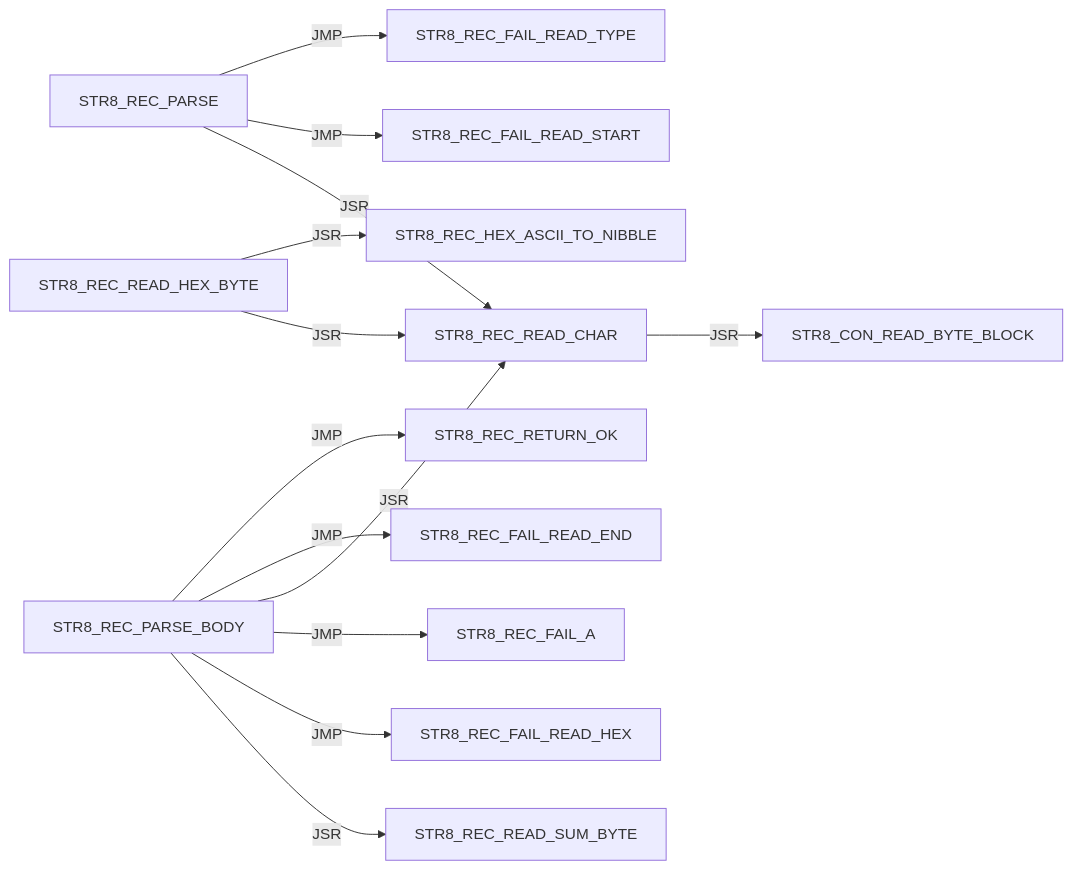
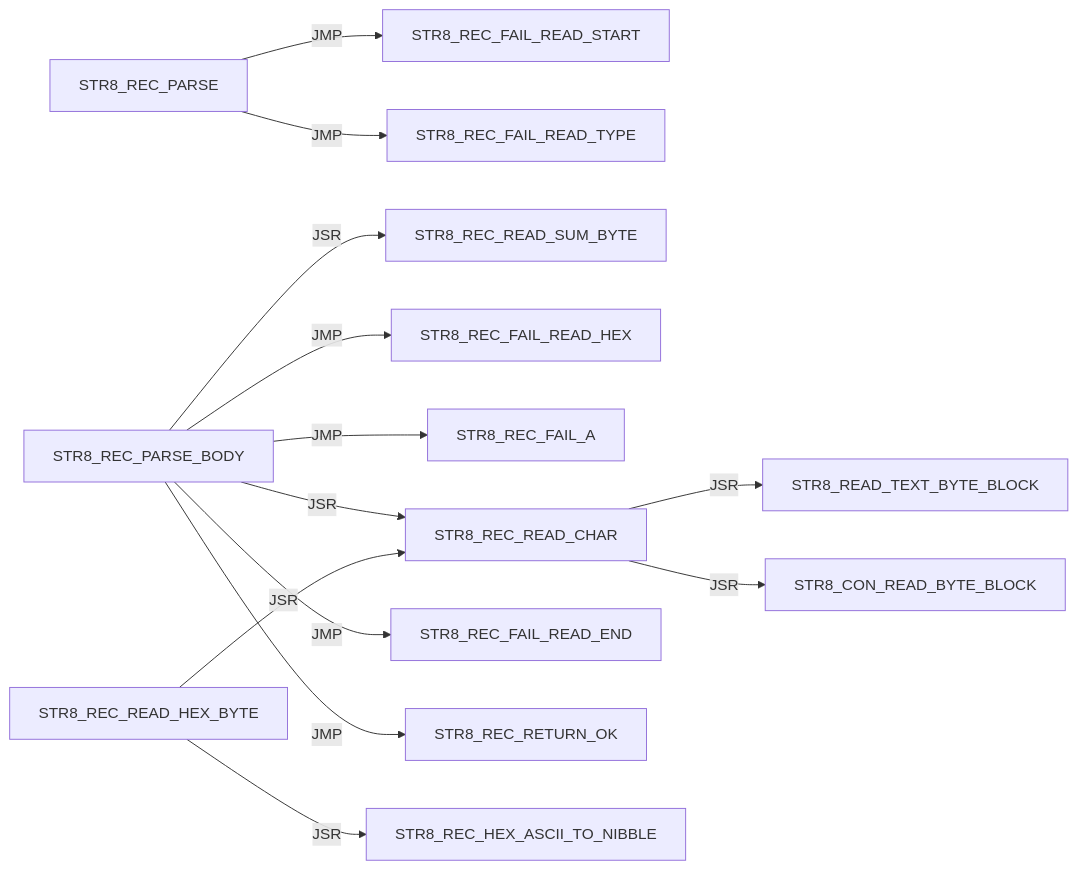
Diagram 25 of 41 in DOC/GUIDES/STR8/STR8_EDGE_DUMP.md (95westus/R-YORS), drawn with Mermaid before and after one commit. The commit also changed other lines of this file and 40 other files, not shown here.

````diff
--- a/DOC/GUIDES/STR8/STR8_EDGE_DUMP.md
+++ b/DOC/GUIDES/STR8/STR8_EDGE_DUMP.md
@@ -282,15 +337,15 @@
 ```mermaid
 flowchart LR
-    N0["STR8_REC_PARSE"] -->|JSR| N1["STR8_REC_READ_CHAR"]
-    N0["STR8_REC_PARSE"] -->|JMP| N2["STR8_REC_FAIL_READ_START"]
-    N0["STR8_REC_PARSE"] -->|JMP| N3["STR8_REC_FAIL_READ_TYPE"]
-    N4["STR8_REC_PARSE_BODY"] -->|JSR| N5["STR8_REC_READ_SUM_BYTE"]
-    N4["STR8_REC_PARSE_BODY"] -->|JMP| N6["STR8_REC_FAIL_READ_HEX"]
-    N4["STR8_REC_PARSE_BODY"] -->|JMP| N7["STR8_REC_FAIL_A"]
-    N4["STR8_REC_PARSE_BODY"] -->|JSR| N1["STR8_REC_READ_CHAR"]
-    N4["STR8_REC_PARSE_BODY"] -->|JMP| N8["STR8_REC_FAIL_READ_END"]
-    N4["STR8_REC_PARSE_BODY"] -->|JMP| N9["STR8_REC_RETURN_OK"]
-    N1["STR8_REC_READ_CHAR"] -->|JSR| N10["STR8_CON_READ_BYTE_BLOCK"]
-    N11["STR8_REC_READ_HEX_BYTE"] -->|JSR| N1["STR8_REC_READ_CHAR"]
-    N11["STR8_REC_READ_HEX_BYTE"] -->|JSR| N12["STR8_REC_HEX_ASCII_TO_NIBBLE"]
+    N0["STR8_REC_PARSE"] -->|JMP| N1["STR8_REC_FAIL_READ_START"]
+    N0["STR8_REC_PARSE"] -->|JMP| N2["STR8_REC_FAIL_READ_TYPE"]
+    N3["STR8_REC_PARSE_BODY"] -->|JSR| N4["STR8_REC_READ_SUM_BYTE"]
+    N3["STR8_REC_PARSE_BODY"] -->|JMP| N5["STR8_REC_FAIL_READ_HEX"]
+    N3["STR8_REC_PARSE_BODY"] -->|JMP| N6["STR8_REC_FAIL_A"]
+    N3["STR8_REC_PARSE_BODY"] -->|JSR| N7["STR8_REC_READ_CHAR"]
+    N3["STR8_REC_PARSE_BODY"] -->|JMP| N8["STR8_REC_FAIL_READ_END"]
+    N3["STR8_REC_PARSE_BODY"] -->|JMP| N9["STR8_REC_RETURN_OK"]
+    N7["STR8_REC_READ_CHAR"] -->|JSR| N10["STR8_READ_TEXT_BYTE_BLOCK"]
+    N7["STR8_REC_READ_CHAR"] -->|JSR| N11["STR8_CON_READ_BYTE_BLOCK"]
+    N12["STR8_REC_READ_HEX_BYTE"] -->|JSR| N7["STR8_REC_READ_CHAR"]
+    N12["STR8_REC_READ_HEX_BYTE"] -->|JSR| N13["STR8_REC_HEX_ASCII_TO_NIBBLE"]
 ```
````
